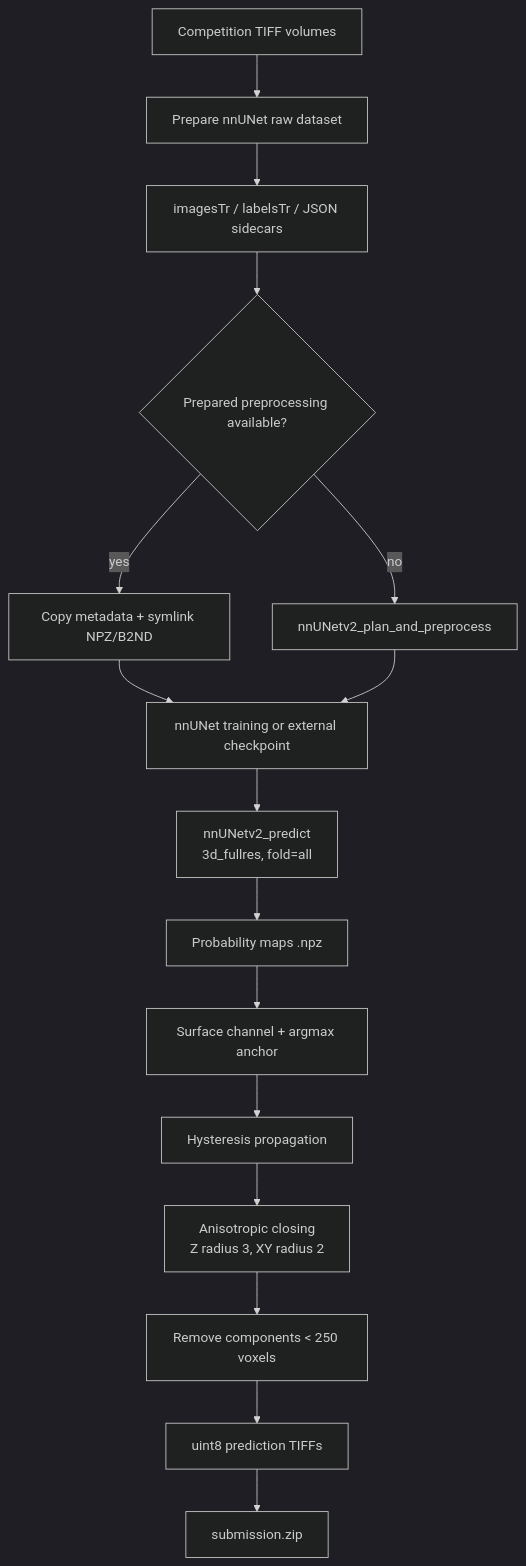
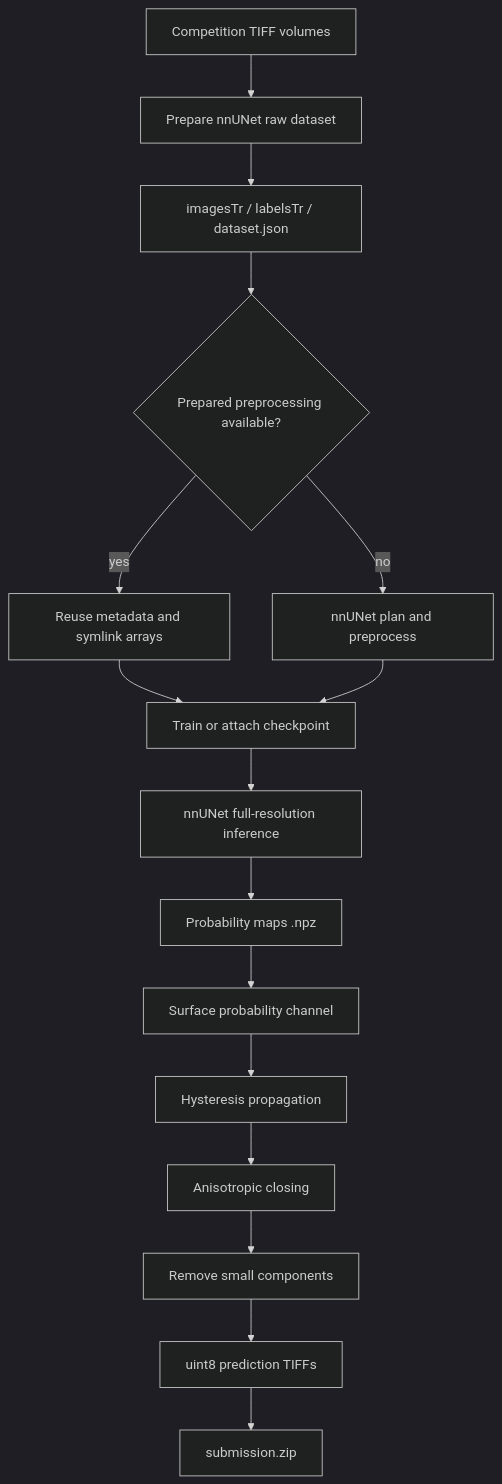
One commit to huajianv587/vesuvius-challenge-surface-detection_huajian changed the diagram in README.md. Above: the diagram before and after it, drawn with Mermaid (dark theme). The commit also changed other lines of this file and 1 other file, not shown here.

````diff
--- a/README.md
+++ b/README.md
@@ -41,18 +37,18 @@
 ```mermaid
 graph TD
     A[Competition TIFF volumes] --> B[Prepare nnUNet raw dataset]
-    B --> C[imagesTr / labelsTr / JSON sidecars]
+    B --> C[imagesTr / labelsTr / dataset.json]
     C --> D{Prepared preprocessing available?}
-    D -->|yes| E[Copy metadata + symlink NPZ/B2ND]
-    D -->|no| F[nnUNetv2_plan_and_preprocess]
-    E --> G[nnUNet training or external checkpoint]
+    D -->|yes| E[Reuse metadata and symlink arrays]
+    D -->|no| F[nnUNet plan and preprocess]
+    E --> G[Train or attach checkpoint]
     F --> G
-    G --> H[nnUNetv2_predict\n3d_fullres, fold=all]
+    G --> H[nnUNet full-resolution inference]
     H --> I[Probability maps .npz]
-    I --> J[Surface channel + argmax anchor]
+    I --> J[Surface probability channel]
     J --> K[Hysteresis propagation]
-    K --> L[Anisotropic closing\nZ radius 3, XY radius 2]
-    L --> M[Remove components < 250 voxels]
+    K --> L[Anisotropic closing]
+    L --> M[Remove small components]
     M --> N[uint8 prediction TIFFs]
     N --> O[submission.zip]
 ```
````
